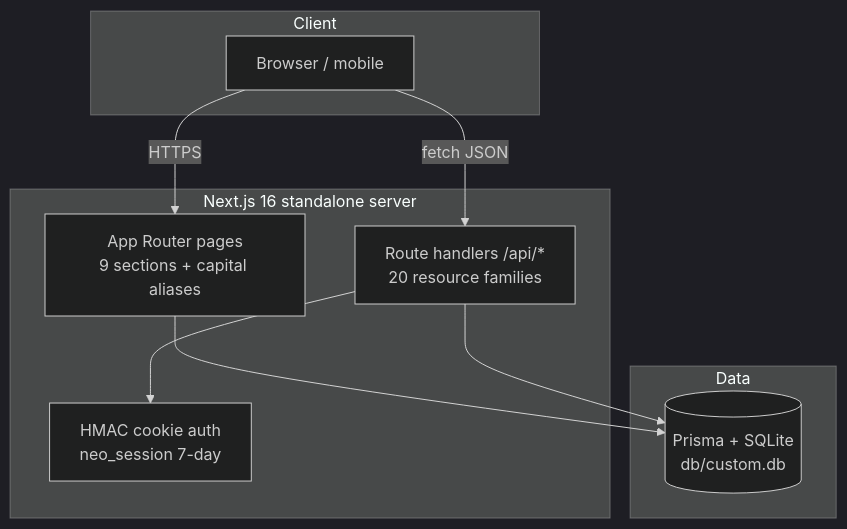
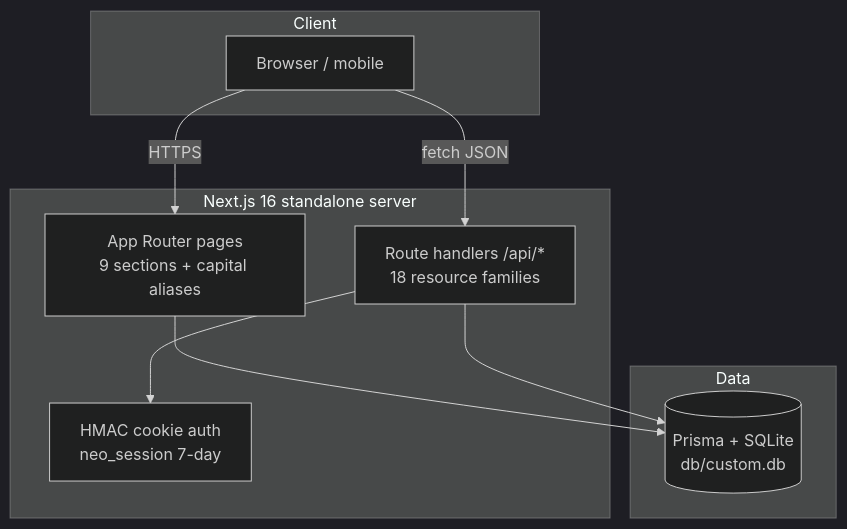
Before and after one commit to nordeim/wealth-os: the diagram in README.md, drawn with Mermaid (dark theme). The commit also changed other lines of this file and 24 other files, not shown here.

````diff
--- a/README.md
+++ b/README.md
@@ -66,19 +66,19 @@
 ```mermaid
 flowchart TB
   subgraph Client
     B[Browser / mobile]
   end
   subgraph App[Next.js 16 standalone server]
     R[App Router pages<br/>9 sections + capital aliases]
-    H[Route handlers /api/*<br/>20 resource families]
+    H[Route handlers /api/*<br/>18 resource families]
     AU[HMAC cookie auth<br/>neo_session 7-day]
   end
   subgraph Data
     P[(Prisma + SQLite<br/>db/custom.db)]
   end
   B -->|HTTPS| R
   B -->|fetch JSON| H
   R --> P
   H --> AU
   H --> P
 ```
````
